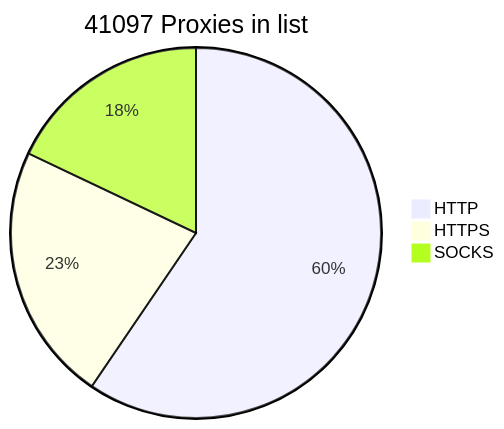
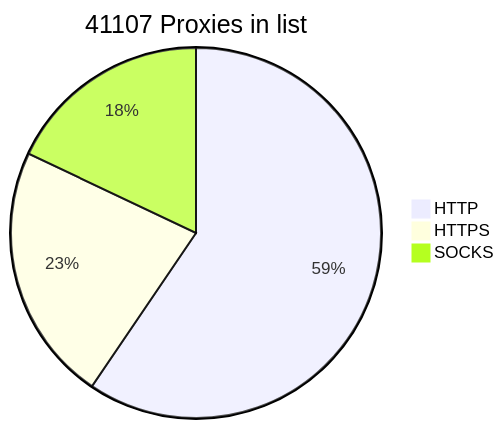
One commit to BlackSnowDot/proxylist-update-every-minute changed the diagram in README.md. Above: the diagram before and after it, drawn with Mermaid.

````diff
--- a/README.md
+++ b/README.md
@@ -2,6 +2,6 @@
 ```mermaid
-pie title 41097 Proxies in list
+pie title 41107 Proxies in list
     "HTTP" : 28770
     "HTTPS": 10908
-    "SOCKS" : 8672
+    "SOCKS" : 8682
 ```
````
